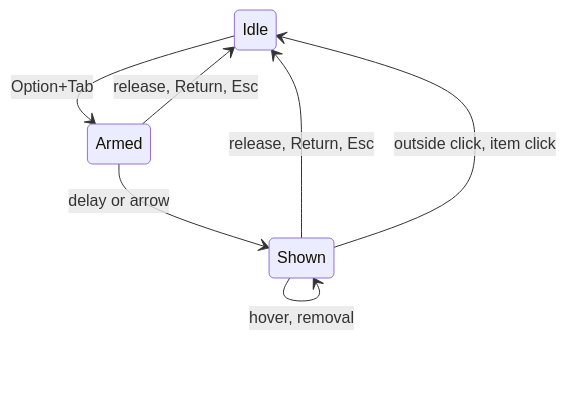
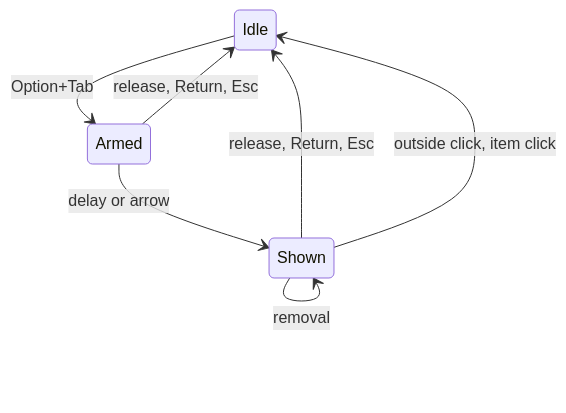
Before and after one commit to masharratt/mac-tabby: the first of 5 diagrams in readme/state-machines.md, drawn with Mermaid. The commit also changed other lines of this file and 7 other files, not shown here.

````diff
--- a/readme/state-machines.md
+++ b/readme/state-machines.md
@@ -41,9 +40,9 @@
 ```mermaid
 stateDiagram-v2
   Idle --> Armed: Option+Tab
   Armed --> Shown: delay or arrow
   Armed --> Idle: release, Return, Esc
   Shown --> Idle: release, Return, Esc
   Shown --> Idle: outside click, item click
-  Shown --> Shown: hover, removal
+  Shown --> Shown: removal
 ```
````
